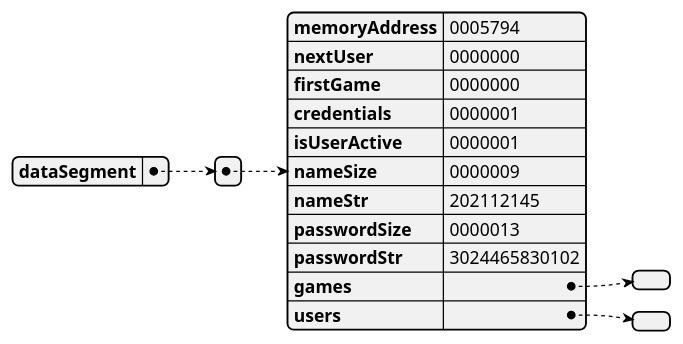
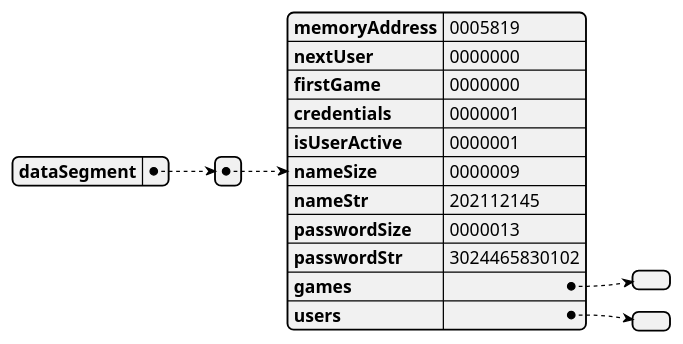
Before and after one commit to danielcuque/ACE1-PROYECTO2: the diagram in docs/uml/README.md, drawn with PlantUML. The commit also changed 2 other files, not shown here.

Commit message:
feat: base for procedure to graph games

`````diff
--- a/docs/uml/README.md
+++ b/docs/uml/README.md
@@ -1,16 +1,16 @@
 ````plantuml
 @startjson memoryGraph
 {"dataSegment":
-[{"memoryAddress":"0005794",
+[{"memoryAddress":"0005819",
 "nextUser":"0000000",
 "firstGame":"0000000",
 "credentials":"0000001",
 "isUserActive":"0000001",
 "nameSize":"0000009",
 "nameStr":"202112145",
 "passwordSize":"0000013",
 "passwordStr":"3024465830102",
 "games":[],
 "users":[]}]}
 @endjson
 ````
`````
